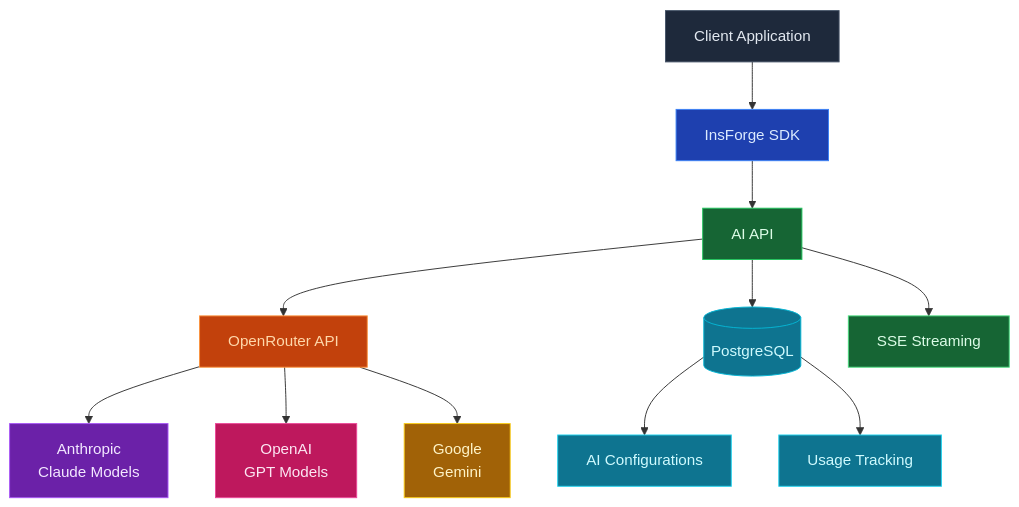
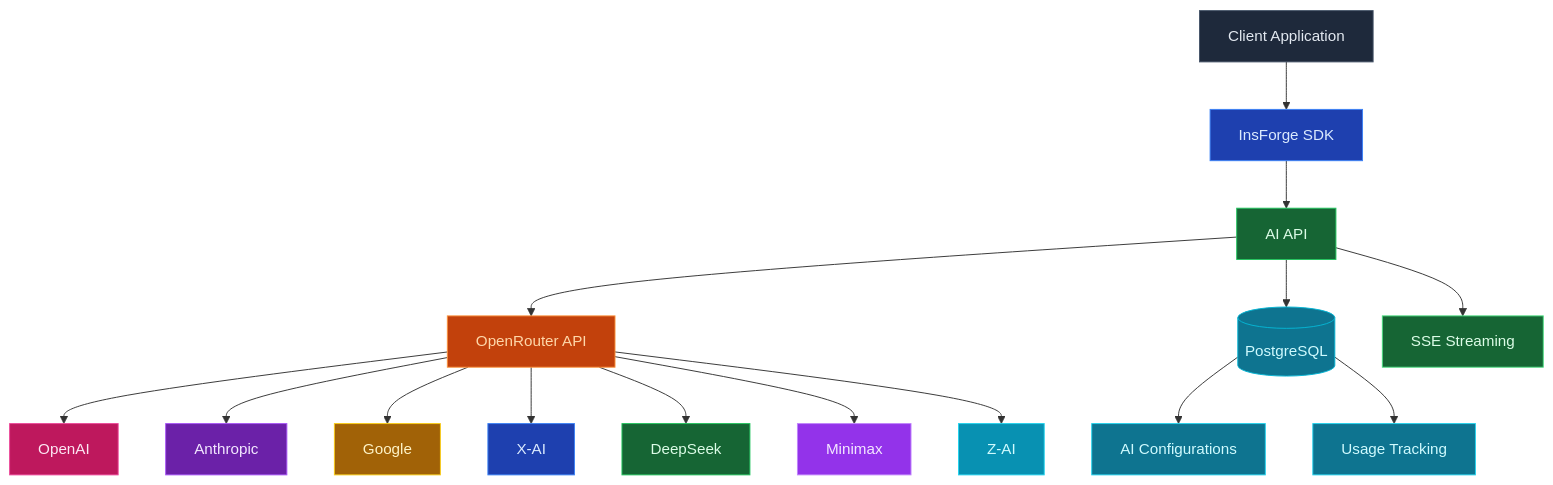
The first of 2 diagrams in docs/core-concepts/ai/architecture.mdx (InsForge/InsForge), drawn with Mermaid before and after one commit. The commit also changed other lines of this file and 1 other file, not shown here.

````diff
--- a/docs/core-concepts/ai/architecture.mdx
+++ b/docs/core-concepts/ai/architecture.mdx
@@ -12,29 +12,37 @@
 ```mermaid
 graph TB
     Client[Client Application] --> SDK[InsForge SDK]
     SDK --> AIAPI[AI API]
-    
+
     AIAPI --> OpenRouter[OpenRouter API]
     AIAPI --> DB[(PostgreSQL)]
-    
-    OpenRouter --> Anthropic[Anthropic<br/>Claude Models]
-    OpenRouter --> OpenAI[OpenAI<br/>GPT Models]
-    OpenRouter --> Google[Google<br/>Gemini]
-    
+
+    OpenRouter --> OpenAI[OpenAI]
+    OpenRouter --> Anthropic[Anthropic]
+    OpenRouter --> Google[Google]
+    OpenRouter --> XAI[X-AI]
+    OpenRouter --> DeepSeek[DeepSeek]
+    OpenRouter --> Minimax[Minimax]
+    OpenRouter --> ZAI[Z-AI]
+
     DB --> Config[AI Configurations]
     DB --> Usage[Usage Tracking]
-    
+
     AIAPI --> Stream[SSE Streaming]
-    
+
     style Client fill:#1e293b,stroke:#475569,color:#e2e8f0
     style SDK fill:#1e40af,stroke:#3b82f6,color:#dbeafe
     style AIAPI fill:#166534,stroke:#22c55e,color:#dcfce7
     style OpenRouter fill:#c2410c,stroke:#fb923c,color:#fed7aa
     style DB fill:#0e7490,stroke:#06b6d4,color:#cffafe
+    style OpenAI fill:#be185d,stroke:#ec4899,color:#fce7f3
     style Anthropic fill:#6b21a8,stroke:#a855f7,color:#f3e8ff
-    style OpenAI fill:#be185d,stroke:#ec4899,color:#fce7f3
     style Google fill:#a16207,stroke:#facc15,color:#fef3c7
+    style XAI fill:#1e40af,stroke:#3b82f6,color:#dbeafe
+    style DeepSeek fill:#166534,stroke:#22c55e,color:#dcfce7
+    style Minimax fill:#9333ea,stroke:#c084fc,color:#f3e8ff
+    style ZAI fill:#0891b2,stroke:#22d3ee,color:#cffafe
     style Config fill:#0e7490,stroke:#22d3ee,color:#cffafe
     style Usage fill:#0e7490,stroke:#22d3ee,color:#cffafe
     style Stream fill:#166534,stroke:#4ade80,color:#dcfce7
 ```
````
